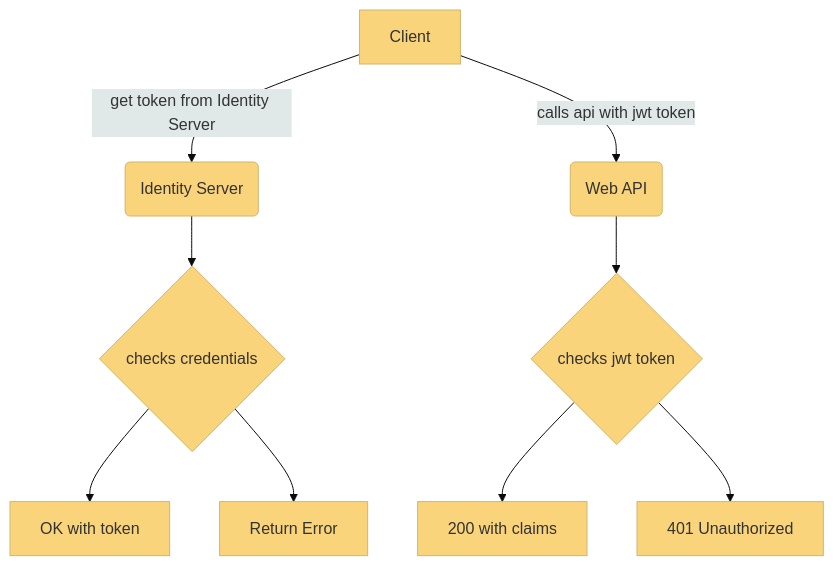
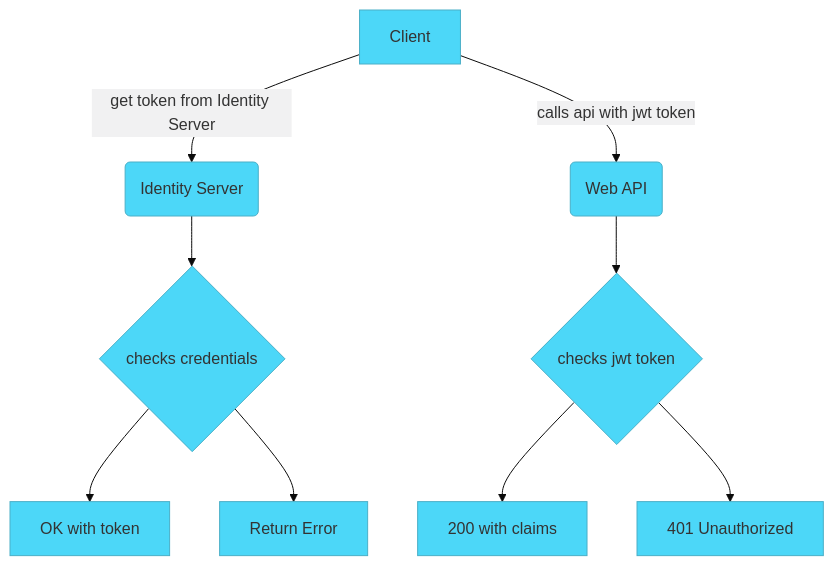
The first of 2 diagrams in README.md (LiteObject/TestIdentityServer), drawn with Mermaid before and after one commit. The commit also changed other lines of this file, not shown here.

Commit message:
updated md graph color

````diff
--- a/README.md
+++ b/README.md
@@ -38,13 +38,13 @@
 ```mermaid
-%%{init: {'theme':'base','themeVariables': { 'primaryColor': '#fad47a', 'secondaryColor':'#e1e8e8' }}}%%
+%%{init: {'theme':'base','themeVariables': { 'primaryColor': '#4cd7f8', 'secondaryColor':'#f1f1f2' }}}%%
 graph TD
     A[Client] -->|get token from Identity Server| B(Identity Server)
     B --> C{checks credentials}
     C -->D[OK with token] 
     C -->E[Return Error]
     A[Client] -->|calls api with jwt token| F(Web API)
     F --> G{checks jwt token}
     G -->I[200 with claims]
     G -->J[401 Unauthorized]
 
 ```
````
